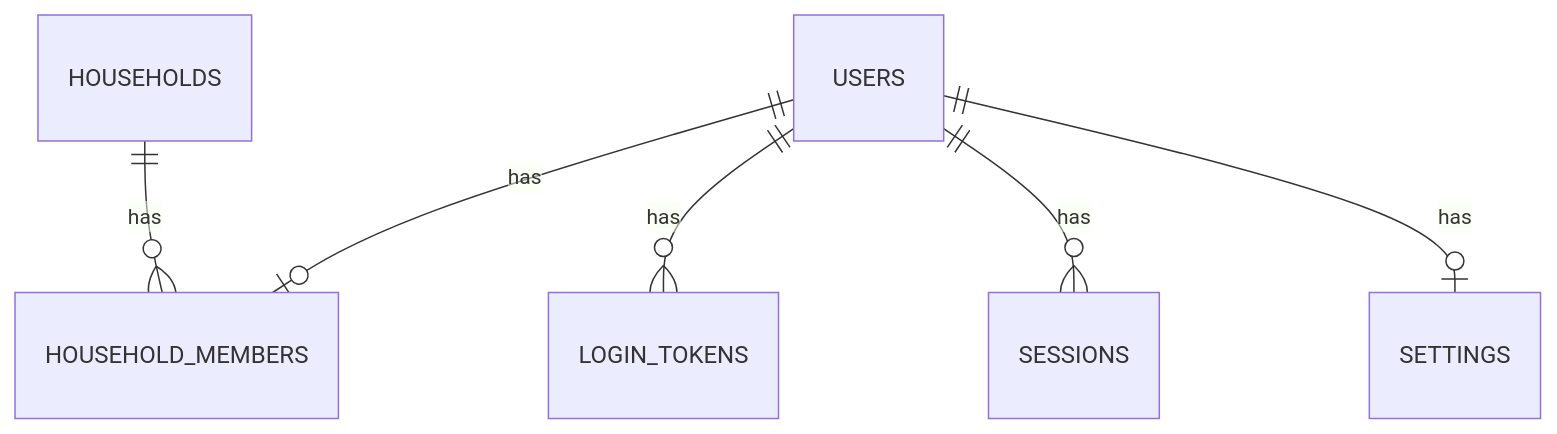
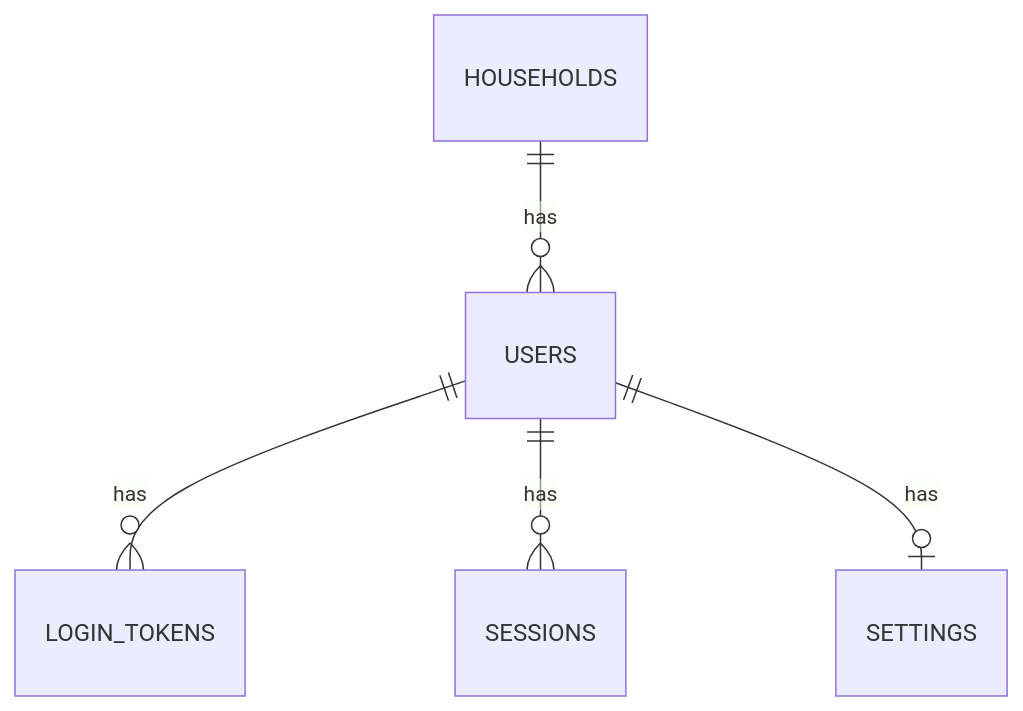
The first of 2 diagrams in README.md (samuel-duhaime/firebird-money), drawn with Mermaid before and after one commit. The commit also changed other lines of this file and 25 other files, not shown here.

First line of the commit message:
Merge household_members into users

````diff
--- a/README.md
+++ b/README.md
@@ -248,8 +249,7 @@
 ```mermaid
 erDiagram
-    HOUSEHOLDS ||--o{ HOUSEHOLD_MEMBERS : has
-    USERS ||--o| HOUSEHOLD_MEMBERS : has
+    HOUSEHOLDS ||--o{ USERS : has
     USERS ||--o{ LOGIN_TOKENS : has
     USERS ||--o{ SESSIONS : has
     USERS ||--o| SETTINGS : has
 ```
````
